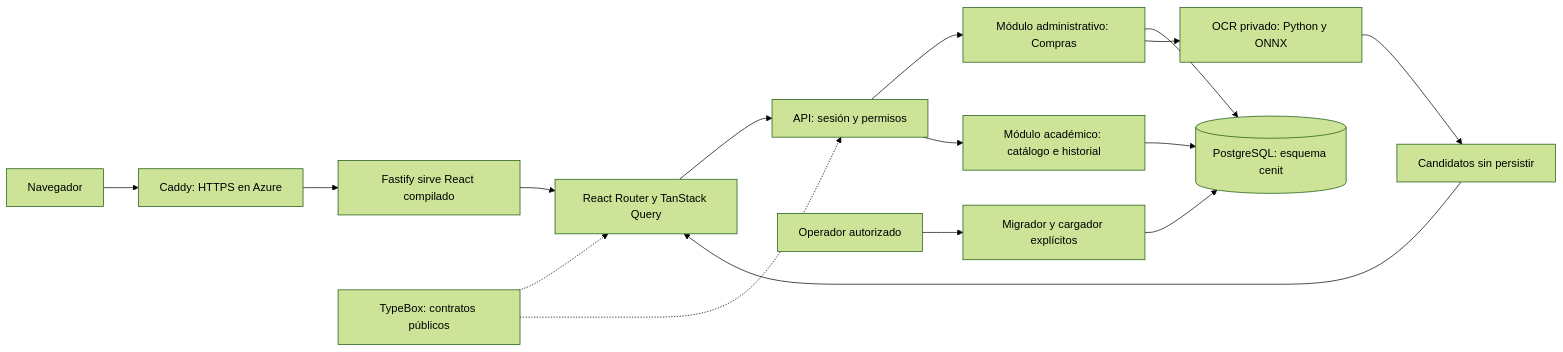
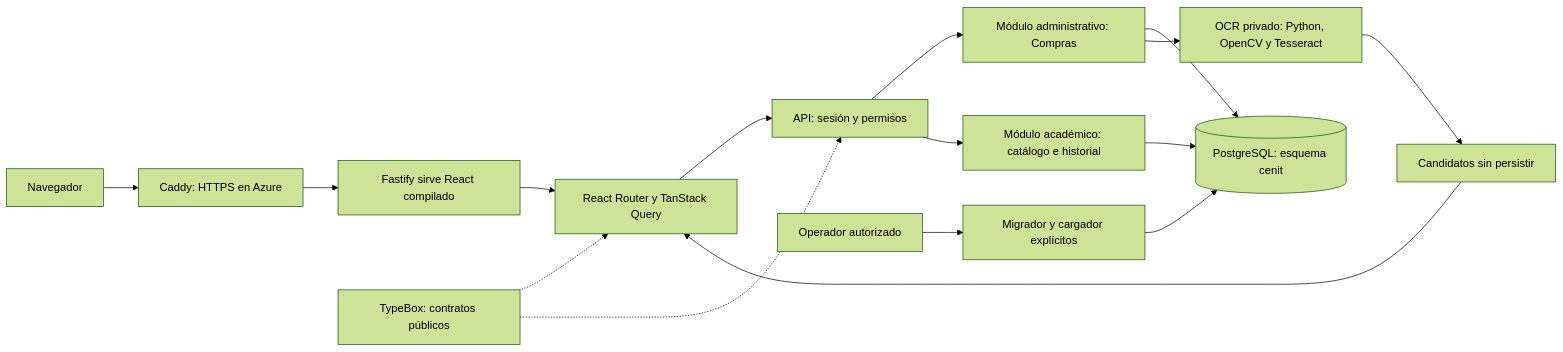
Before and after one commit to Menderin/Cenit: the diagram in Docs/ARQUITECTURA.md, drawn with Mermaid (forest theme). The commit also changed other lines of this file and 13 other files, not shown here.

````diff
--- a/Docs/ARQUITECTURA.md
+++ b/Docs/ARQUITECTURA.md
@@ -57,18 +57,18 @@
 ```mermaid
 flowchart LR
     Usuario["Navegador"] --> HTTPS["Caddy: HTTPS en Azure"]
     HTTPS --> Web["Fastify sirve React compilado"]
     Web --> Router["React Router y TanStack Query"]
     Router --> Auth["API: sesión y permisos"]
     Auth --> Compras["Módulo administrativo: Compras"]
     Auth --> Academico["Módulo académico: catálogo e historial"]
     Compras --> PG[("PostgreSQL: esquema cenit")]
     Academico --> PG
-    Compras --> OCR["OCR privado: Python y ONNX"]
+    Compras --> OCR["OCR privado: Python, OpenCV y Tesseract"]
     OCR --> Candidatos["Candidatos sin persistir"]
     Candidatos --> Router
     Contratos["TypeBox: contratos públicos"] -.-> Router
     Contratos -.-> Auth
     Operador["Operador autorizado"] --> Herramientas["Migrador y cargador explícitos"]
     Herramientas --> PG
 ```
````
